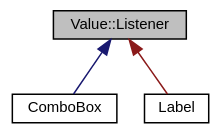
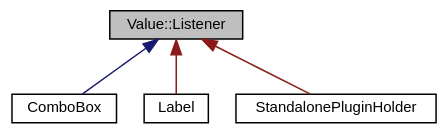
One commit to klangfreund/jucedoc changed the diagram in doc/classValue_1_1Listener__inherit__graph.dot. Above: the diagram before and after it, drawn with Graphviz. The commit also changed 2725 other files, not shown here.

```diff
--- a/doc/classValue_1_1Listener__inherit__graph.dot
+++ b/doc/classValue_1_1Listener__inherit__graph.dot
@@ -1,11 +1,13 @@
 digraph "Value::Listener"
 {
   bgcolor="transparent";
   edge [fontname="Helvetica",fontsize="10",labelfontname="Helvetica",labelfontsize="10"];
   node [fontname="Helvetica",fontsize="10",shape=record];
   Node0 [label="Value::Listener",height=0.2,width=0.4,color="black", fillcolor="grey75", style="filled", fontcolor="black"];
   Node0 -> Node1 [dir="back",color="midnightblue",fontsize="10",style="solid",fontname="Helvetica"];
   Node1 [label="ComboBox",height=0.2,width=0.4,color="black",URL="$classComboBox.html",tooltip="A component that lets the user choose from a drop-down list of choices. "];
   Node0 -> Node2 [dir="back",color="firebrick4",fontsize="10",style="solid",fontname="Helvetica"];
   Node2 [label="Label",height=0.2,width=0.4,color="black",URL="$classLabel.html",tooltip="A component that displays a text string, and can optionally become a text editor when clicked..."];
+  Node0 -> Node3 [dir="back",color="firebrick4",fontsize="10",style="solid",fontname="Helvetica"];
+  Node3 [label="StandalonePluginHolder",height=0.2,width=0.4,color="black",URL="$classStandalonePluginHolder.html",tooltip="An object that creates and plays a standalone instance of an AudioProcessor. "];
 }
```
